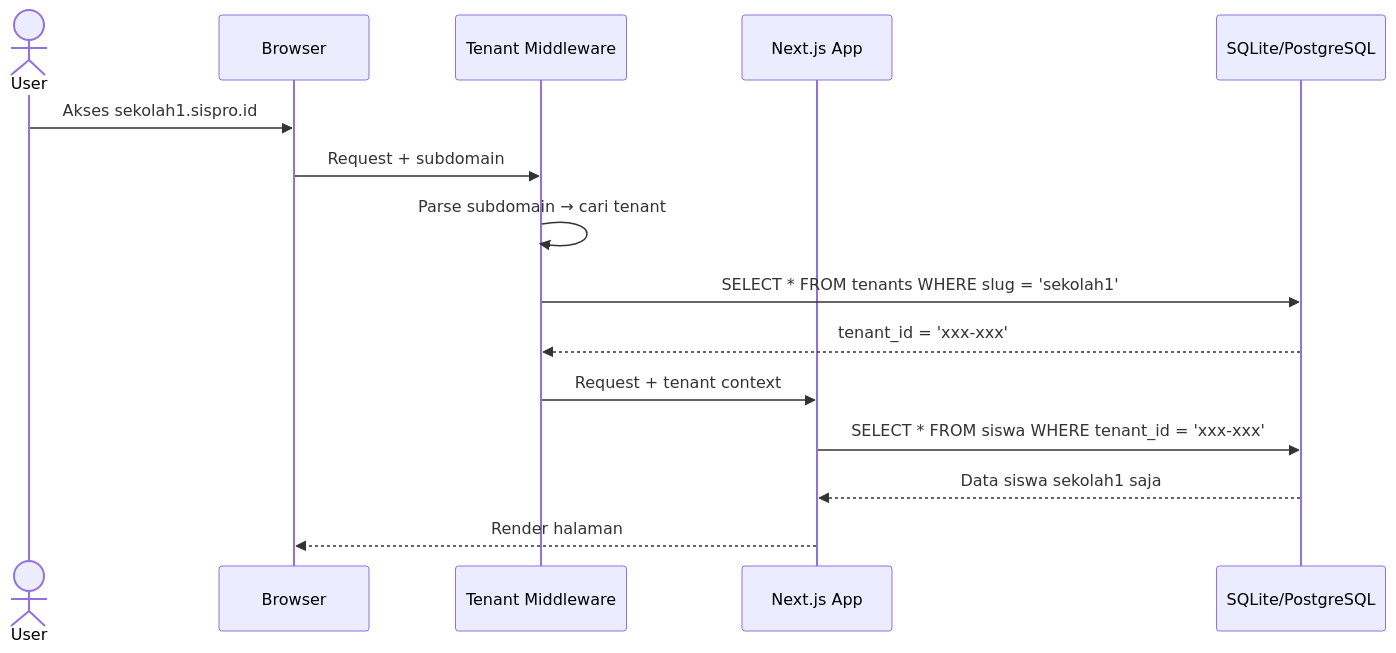
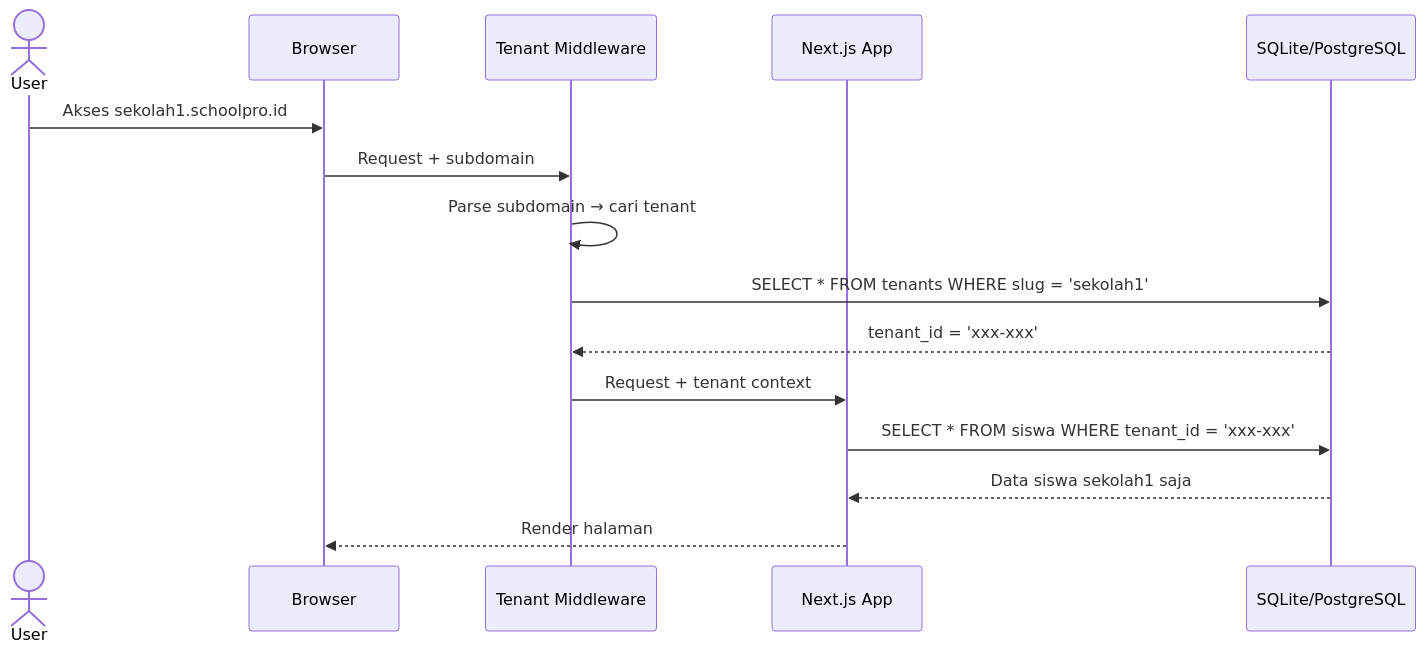
One commit to aburasyidalfatih/schoolpro changed the second of 3 diagrams in docs/01_implementation_plan.md. Above: the diagram before and after it, drawn with Mermaid. The commit also changed other lines of this file and 158 other files, not shown here.

````diff
--- a/docs/01_implementation_plan.md
+++ b/docs/01_implementation_plan.md
@@ -117,18 +117,18 @@
 ```mermaid
 sequenceDiagram
     actor User
     participant Browser
     participant Middleware as Tenant Middleware
     participant App as Next.js App
     participant DB as SQLite/PostgreSQL
     
-    User->>Browser: Akses sekolah1.sispro.id
+    User->>Browser: Akses sekolah1.schoolpro.id
     Browser->>Middleware: Request + subdomain
     Middleware->>Middleware: Parse subdomain → cari tenant
     Middleware->>DB: SELECT * FROM tenants WHERE slug = 'sekolah1'
     DB-->>Middleware: tenant_id = 'xxx-xxx'
     Middleware->>App: Request + tenant context
     App->>DB: SELECT * FROM siswa WHERE tenant_id = 'xxx-xxx'
     DB-->>App: Data siswa sekolah1 saja
     App-->>Browser: Render halaman
 ```
````
